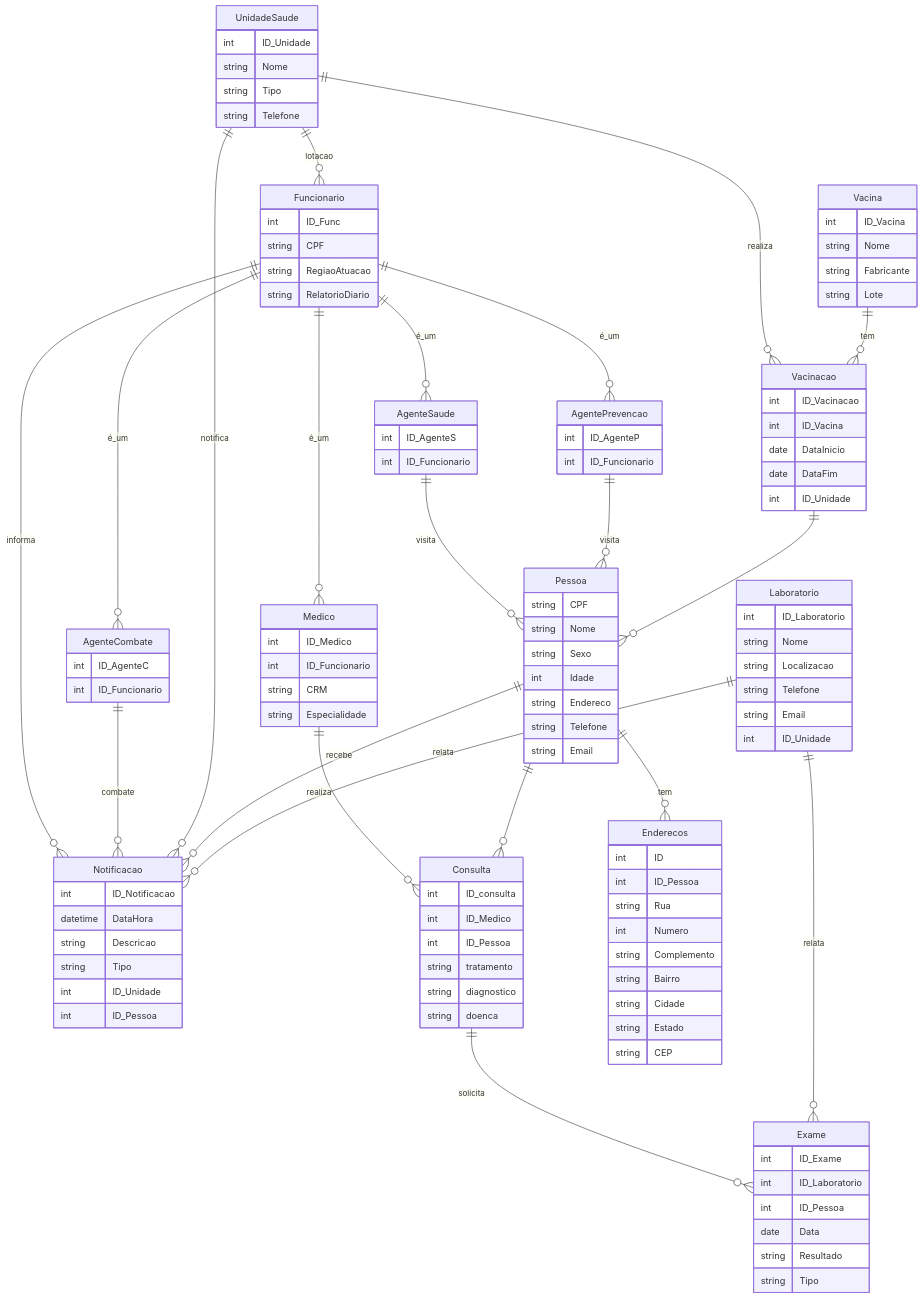
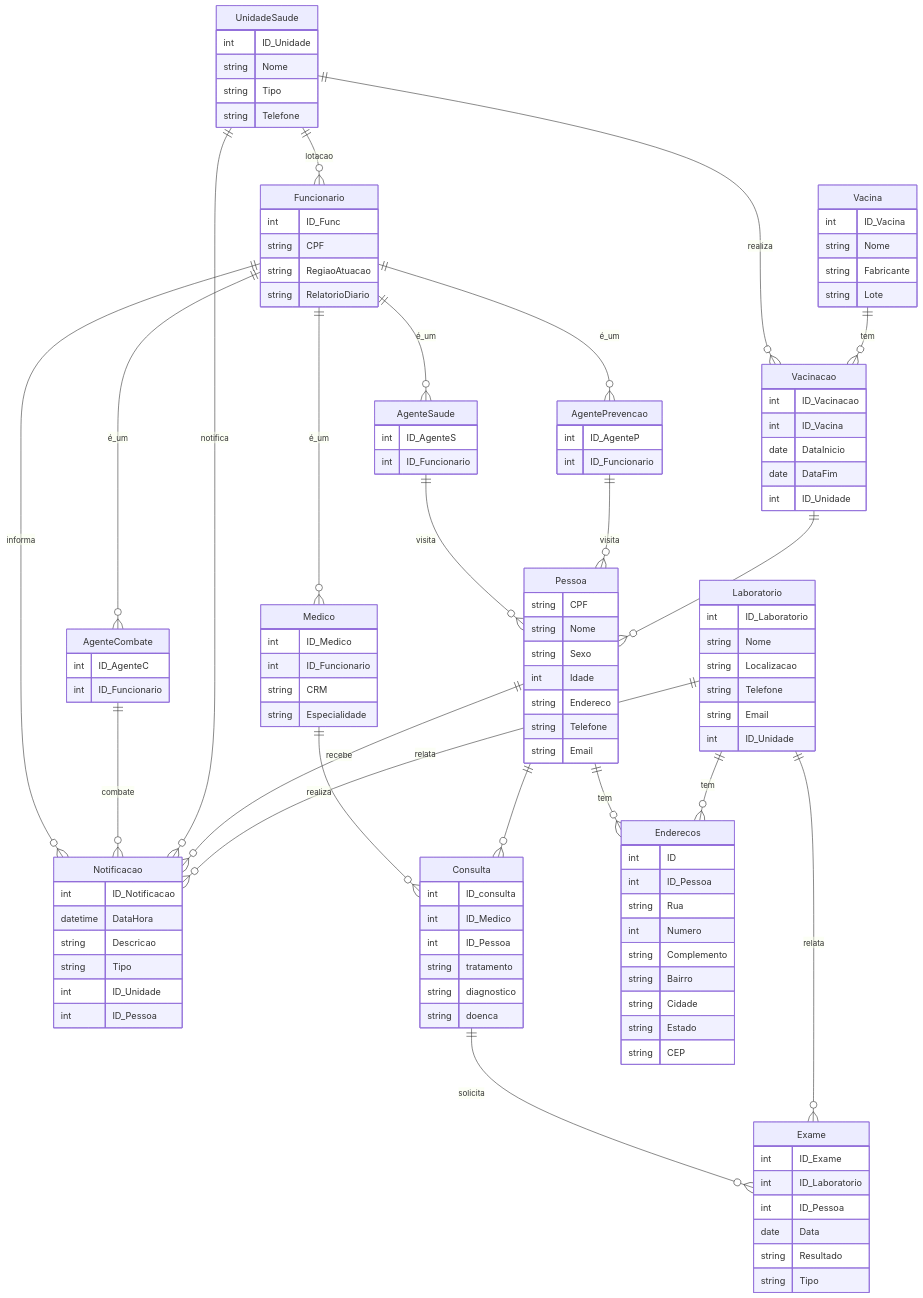
The first of 2 diagrams in README.md (victorlak/BD), drawn with Mermaid before and after one commit.

Commit message:
agr sim ta pronto

```diff
--- a/README.md
+++ b/README.md
@@ -322,12 +322,14 @@
     Consulta ||--o{ Exame : "solicita"
     Pessoa ||--o{ Consulta : ""
     Pessoa ||--o{ Enderecos : "tem"
+   
 
     Vacinacao ||--o{ Pessoa : ""
     Vacina ||--o{ Vacinacao : "tem"
     
     Laboratorio ||--o{ Notificacao : "relata"
     Laboratorio ||--o{ Exame : "relata"
+    Laboratorio ||--o{ Enderecos : "tem"
 
 
 
```
